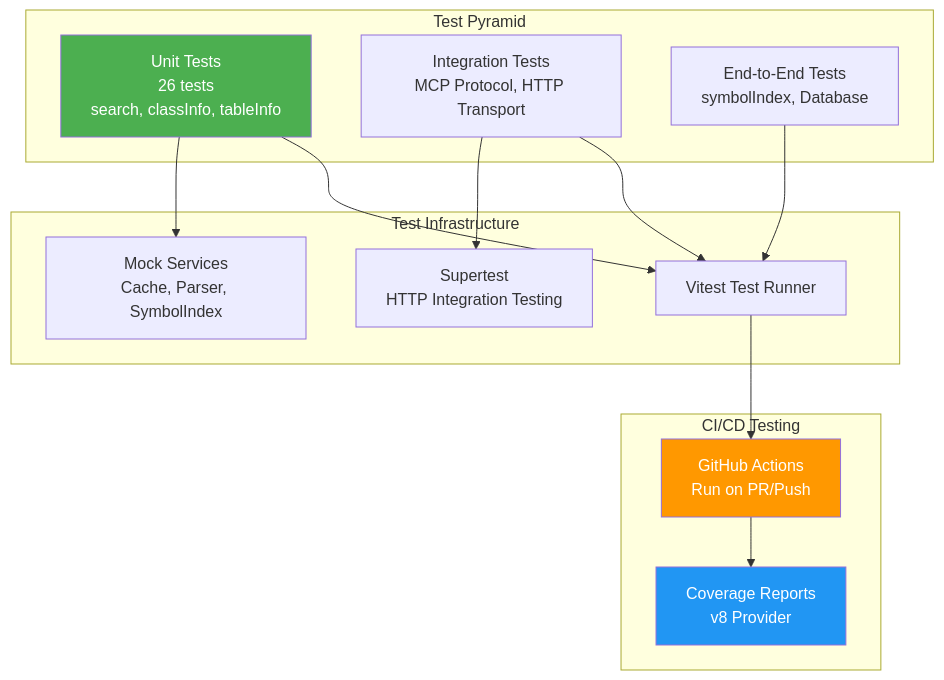
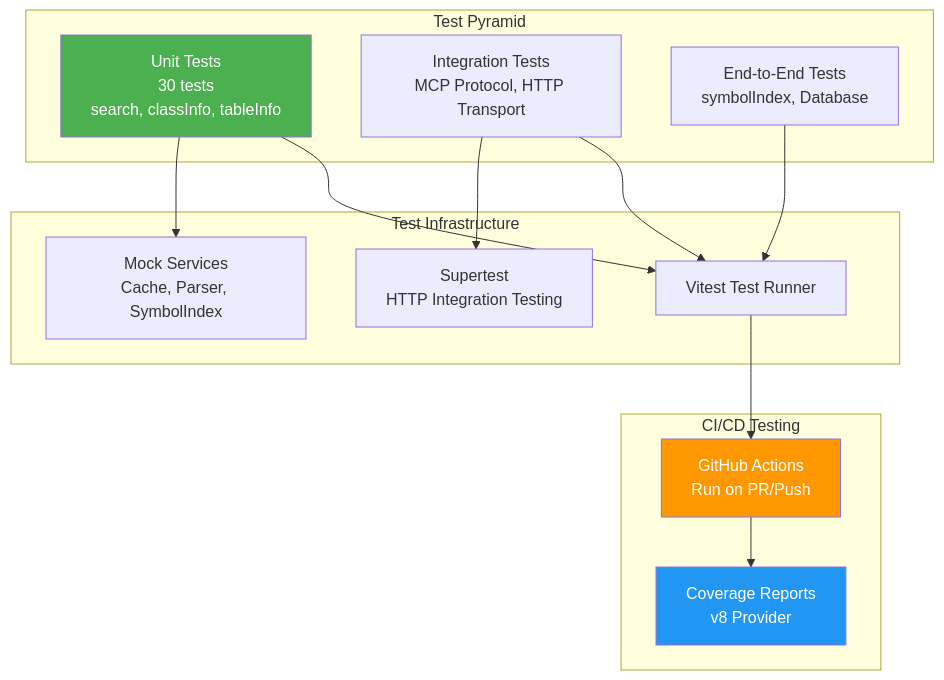
Before and after one commit to dynamics365ninja/d365fo-mcp-server: diagram 14 of 16 in docs/ARCHITECTURE.md, drawn with Mermaid. The commit also changed other lines of this file and 11 other files, not shown here.

````diff
--- a/docs/ARCHITECTURE.md
+++ b/docs/ARCHITECTURE.md
@@ -612,33 +623,33 @@
 ```mermaid
 graph TB
     subgraph "Test Pyramid"
-        UNIT[Unit Tests<br/>26 tests<br/>search, classInfo, tableInfo]
+        UNIT[Unit Tests<br/>30 tests<br/>search, classInfo, tableInfo]
         INT[Integration Tests<br/>MCP Protocol, HTTP Transport]
         E2E[End-to-End Tests<br/>symbolIndex, Database]
     end
 
     subgraph "Test Infrastructure"
         VITEST[Vitest Test Runner]
         MOCKS[Mock Services<br/>Cache, Parser, SymbolIndex]
         SUPER[Supertest<br/>HTTP Integration Testing]
     end
 
     subgraph "CI/CD Testing"
         CI[GitHub Actions<br/>Run on PR/Push]
         COV[Coverage Reports<br/>v8 Provider]
     end
 
     UNIT --> VITEST
     INT --> VITEST
     E2E --> VITEST
     
     UNIT --> MOCKS
     INT --> SUPER
     
     VITEST --> CI
     CI --> COV
     
     style UNIT fill:#4CAF50,color:#fff
     style CI fill:#FF9800,color:#fff
     style COV fill:#2196F3,color:#fff
 ```
````
